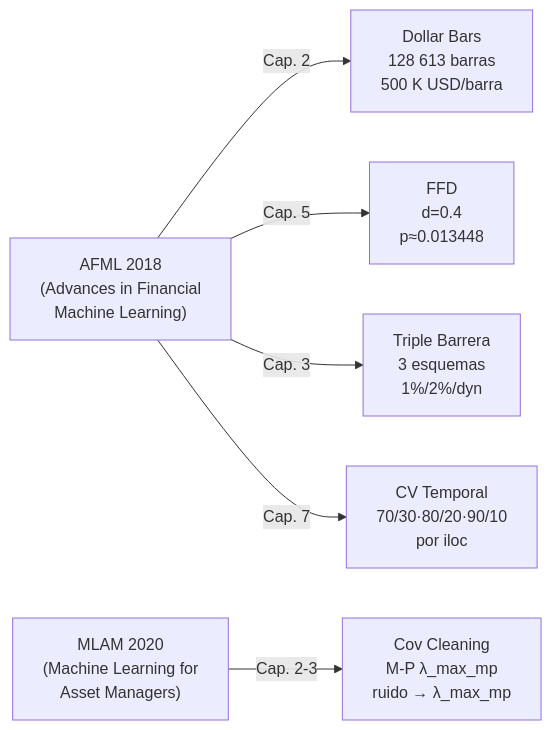
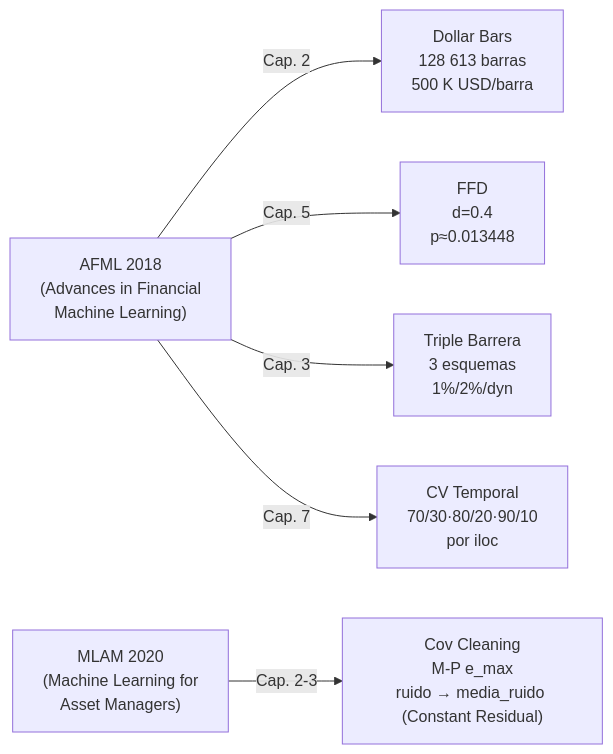
One commit to Romequinco/TAREA_PROCESADO_DATOS_FINANCIEROS_PARA_MACHINE_LEARNING changed the second of 2 diagrams in docs/DEFENSA_ORAL.md. Above: the diagram before and after it, drawn with Mermaid. The commit also changed other lines of this file and 2 other files, not shown here.

````diff
--- a/docs/DEFENSA_ORAL.md
+++ b/docs/DEFENSA_ORAL.md
@@ -146,11 +146,11 @@
 ```mermaid
 flowchart LR
     AFML["AFML 2018\n(Advances in Financial\nMachine Learning)"]
     MLAM["MLAM 2020\n(Machine Learning for\nAsset Managers)"]
 
     AFML -->|Cap. 2| B["Dollar Bars\n128 613 barras\n500 K USD/barra"]
     AFML -->|Cap. 5| C["FFD\nd=0.4\np≈0.013448"]
     AFML -->|Cap. 3| D["Triple Barrera\n3 esquemas\n1%/2%/dyn"]
     AFML -->|Cap. 7| E["CV Temporal\n70/30·80/20·90/10\npor iloc"]
-    MLAM -->|Cap. 2-3| F["Cov Cleaning\nM-P λ_max_mp\nruido → λ_max_mp"]
+MLAM -->|Cap. 2-3| F["Cov Cleaning\nM-P e_max\nruido → media_ruido (Constant Residual)"]
 ```
````
